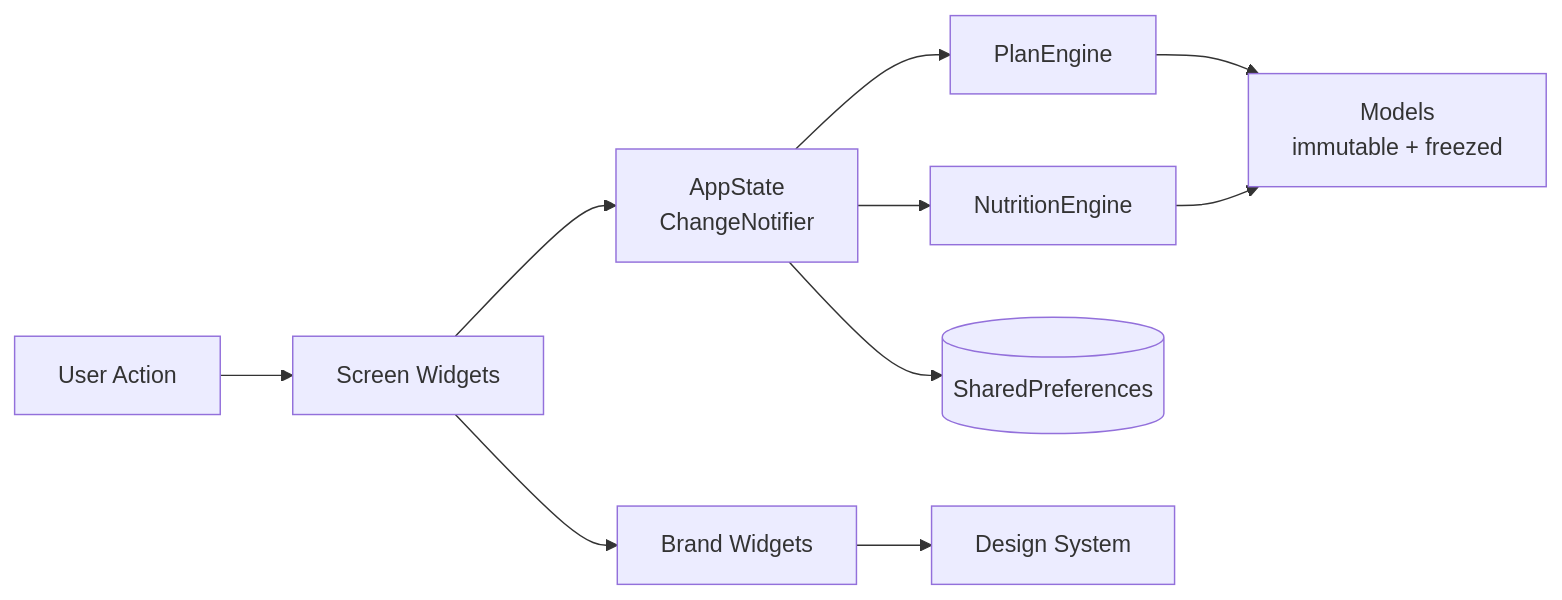
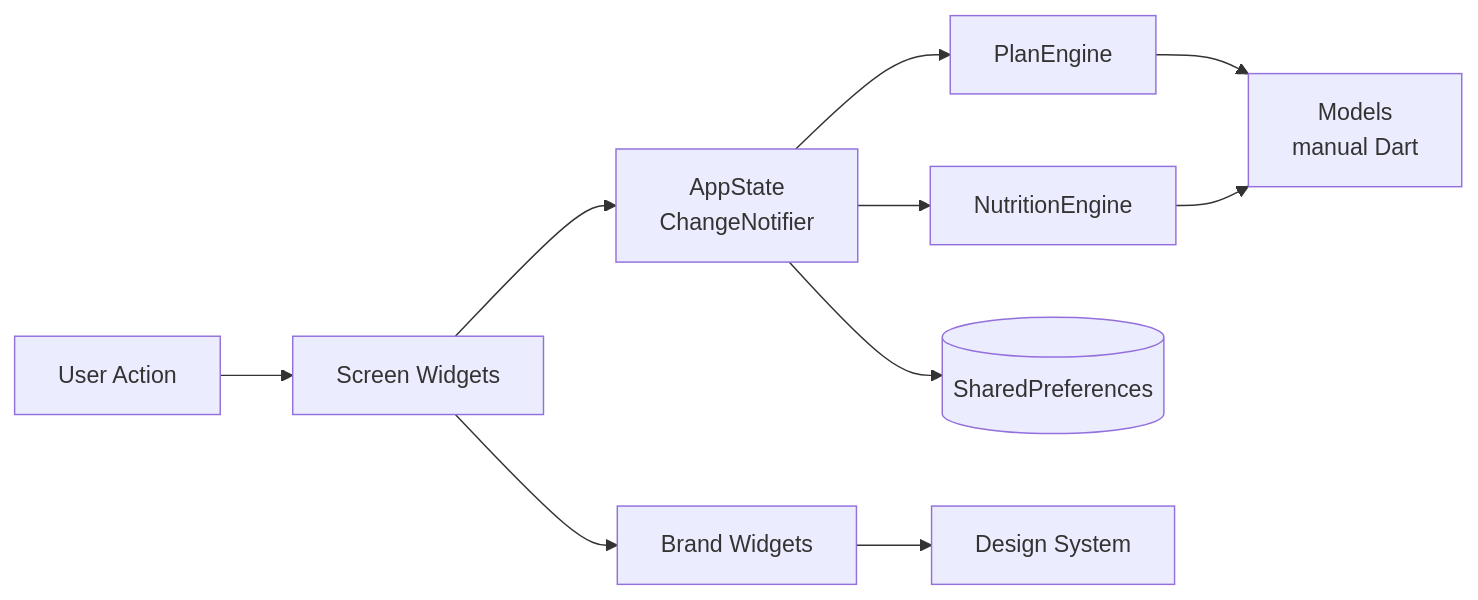
One commit to JassonG-xt/Fit_Forge changed the diagram in README.md. Above: the diagram before and after it, drawn with Mermaid. The commit also changed other lines of this file and 12 other files, not shown here.

````diff
--- a/README.md
+++ b/README.md
@@ -110,12 +135,12 @@
 ```mermaid
 graph LR
     User[User Action] --> Screen[Screen Widgets]
     Screen --> AppState[AppState<br/>ChangeNotifier]
     AppState --> PlanE[PlanEngine]
     AppState --> NutriE[NutritionEngine]
     AppState --> SP[(SharedPreferences)]
-    PlanE --> Models[Models<br/>immutable + freezed]
+    PlanE --> Models[Models<br/>manual Dart]
     NutriE --> Models
     Screen --> Brand[Brand Widgets]
     Brand --> Theme[Design System]
 ```
````
